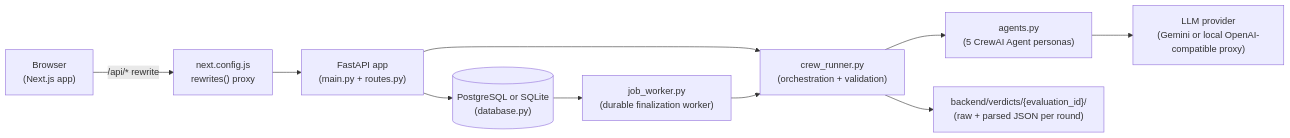
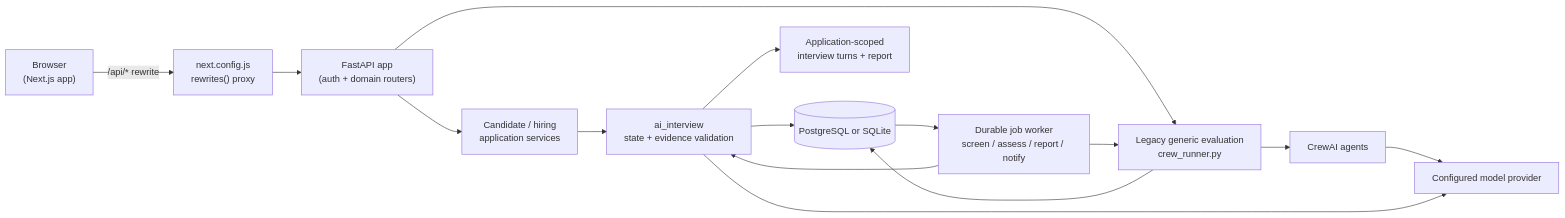
One commit to shwejan005/interviewagent changed the diagram in docs/ARCHITECTURE.md. Above: the diagram before and after it, drawn with Mermaid. The commit also changed other lines of this file and 52 other files, not shown here.

````diff
--- a/docs/ARCHITECTURE.md
+++ b/docs/ARCHITECTURE.md
@@ -12,12 +14,17 @@
 ```mermaid
 flowchart LR
     Browser["Browser\n(Next.js app)"] -->|"/api/* rewrite"| NextProxy["next.config.js\nrewrites() proxy"]
-    NextProxy --> FastAPI["FastAPI app\n(main.py + routes.py)"]
-    FastAPI --> CrewRunner["crew_runner.py\n(orchestration + validation)"]
-    CrewRunner --> Agents["agents.py\n(5 CrewAI Agent personas)"]
-    Agents --> LLM["LLM provider\n(Gemini or local OpenAI-compatible proxy)"]
-    CrewRunner --> Verdicts["backend/verdicts/{evaluation_id}/\n(raw + parsed JSON per round)"]
-    FastAPI --> DB[("PostgreSQL or SQLite\n(database.py)")]
-    DB --> Worker["job_worker.py\n(durable finalization worker)"]
-    Worker --> CrewRunner
+    NextProxy --> FastAPI["FastAPI app\n(auth + domain routers)"]
+    FastAPI --> Hiring["Candidate / hiring\napplication services"]
+    Hiring --> AIInterview["ai_interview\nstate + evidence validation"]
+    FastAPI --> Legacy["Legacy generic evaluation\ncrew_runner.py"]
+    Legacy --> Agents["CrewAI agents"]
+    AIInterview --> DB[("PostgreSQL or SQLite")]
+    Legacy --> DB
+    DB --> Worker["Durable job worker\nscreen / assess / report / notify"]
+    Worker --> AIInterview
+    Worker --> Legacy
+    AIInterview --> Verdicts["Application-scoped<br/>interview turns + report"]
+    Agents --> LLM["Configured model provider"]
+    AIInterview --> LLM
 ```
````
